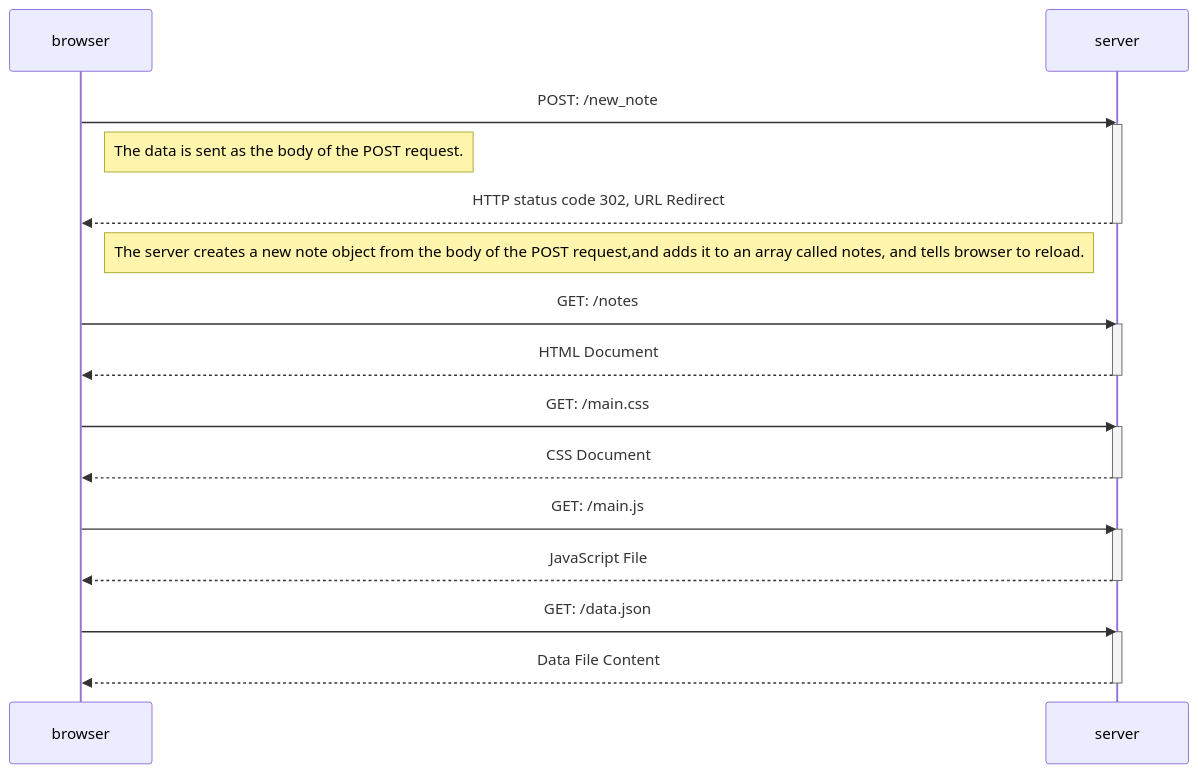
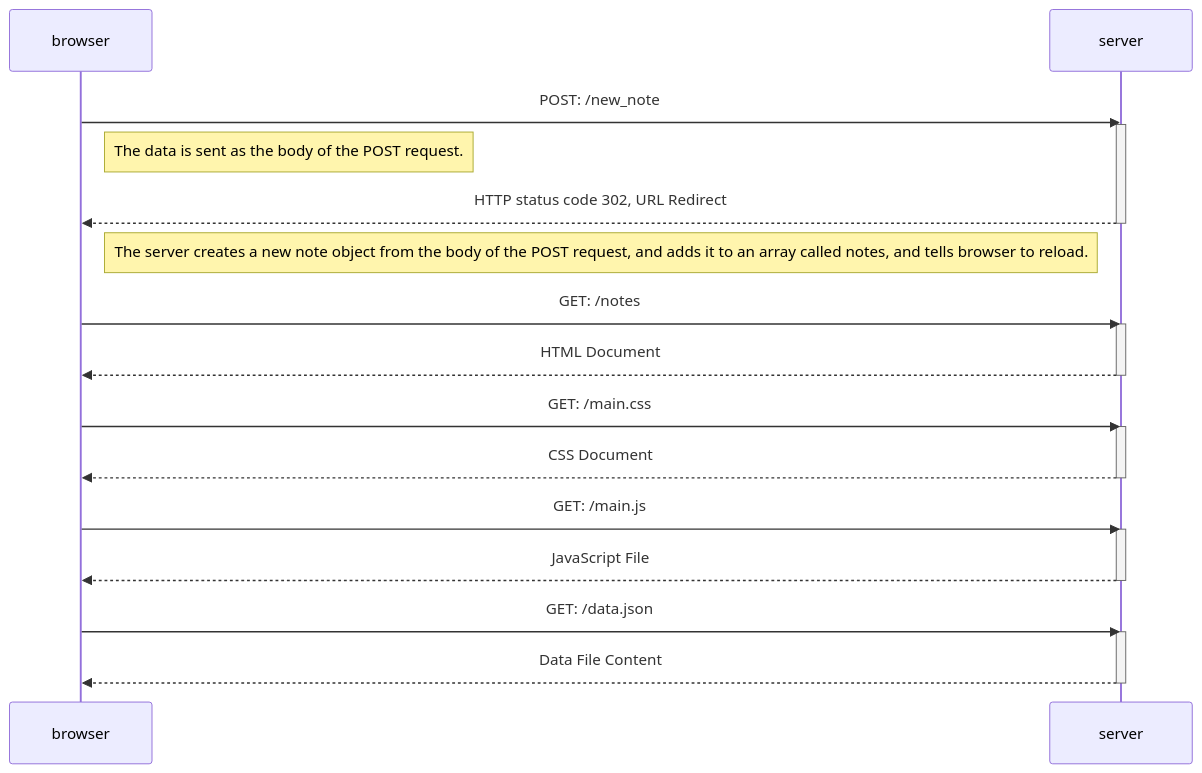
The diagram in part0/0.4.newNoteDiagram.md (redacted24/fullstack-open), drawn with Mermaid before and after one commit.

Commit message:
Comma spacing

````diff
--- a/part0/0.4.newNoteDiagram.md
+++ b/part0/0.4.newNoteDiagram.md
@@ -1,36 +1,36 @@
 ```mermaid
 sequenceDiagram
     participant browser
     participant server
 
     browser->>server: POST: /new_note
     activate server
 
     Note right of browser: The data is sent as the body of the POST request.
 
     server-->>browser: HTTP status code 302, URL Redirect
     deactivate server
 
-    Note right of browser: The server creates a new note object from the body of the POST request,and adds it to an array called notes, and tells browser to reload.
+    Note right of browser: The server creates a new note object from the body of the POST request, and adds it to an array called notes, and tells browser to reload.
 
     browser->>server: GET: /notes
     activate server
     server-->>browser: HTML Document
     deactivate server
 
     browser->>server: GET: /main.css
     activate server
     server-->>browser: CSS Document
     deactivate server
 
     browser->>server: GET: /main.js
     activate server
     server-->>browser: JavaScript File
     deactivate server
 
     browser->>server: GET: /data.json
     activate server
     server-->>browser: Data File Content
     deactivate server
 
 ```
````
